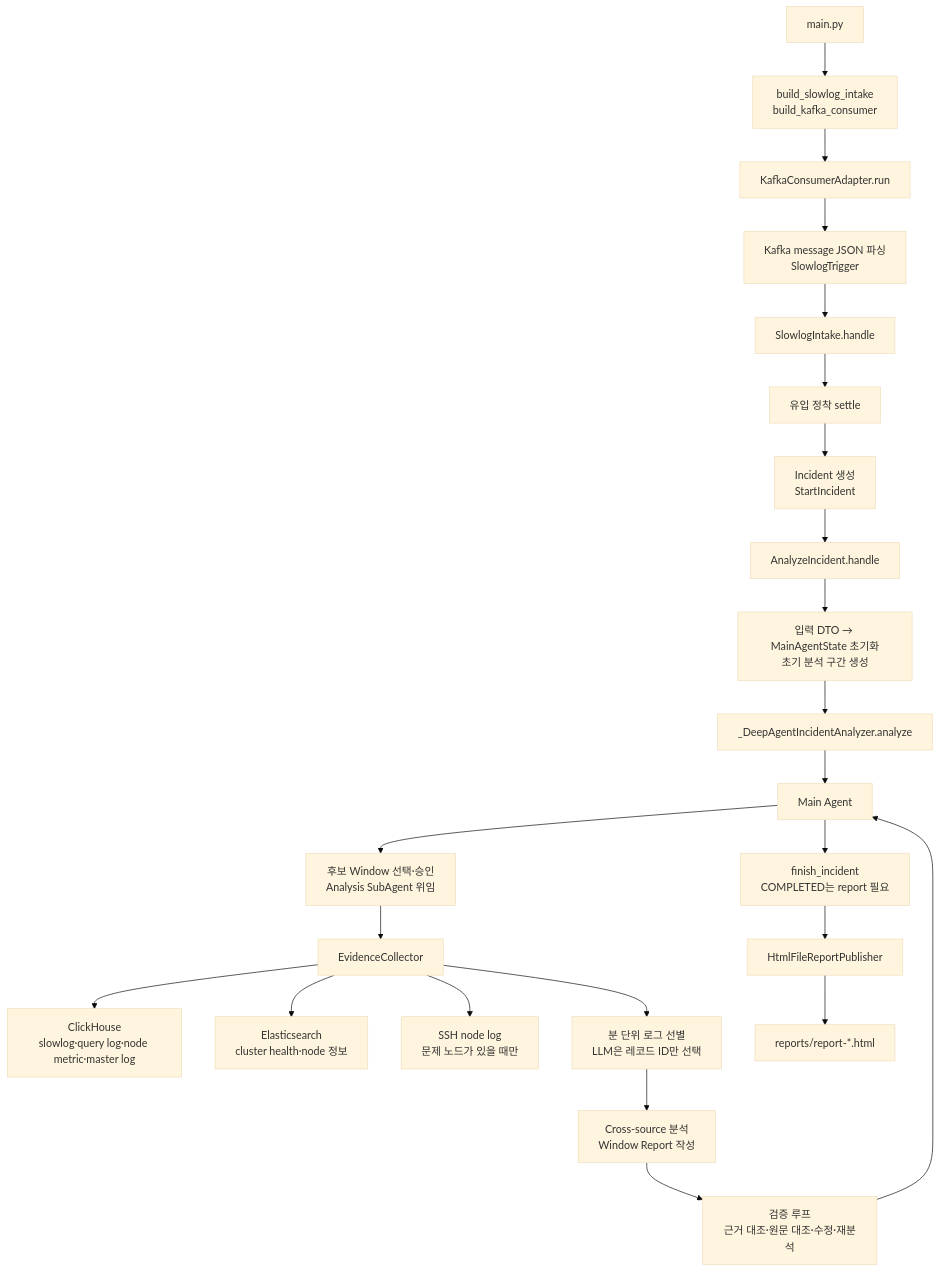
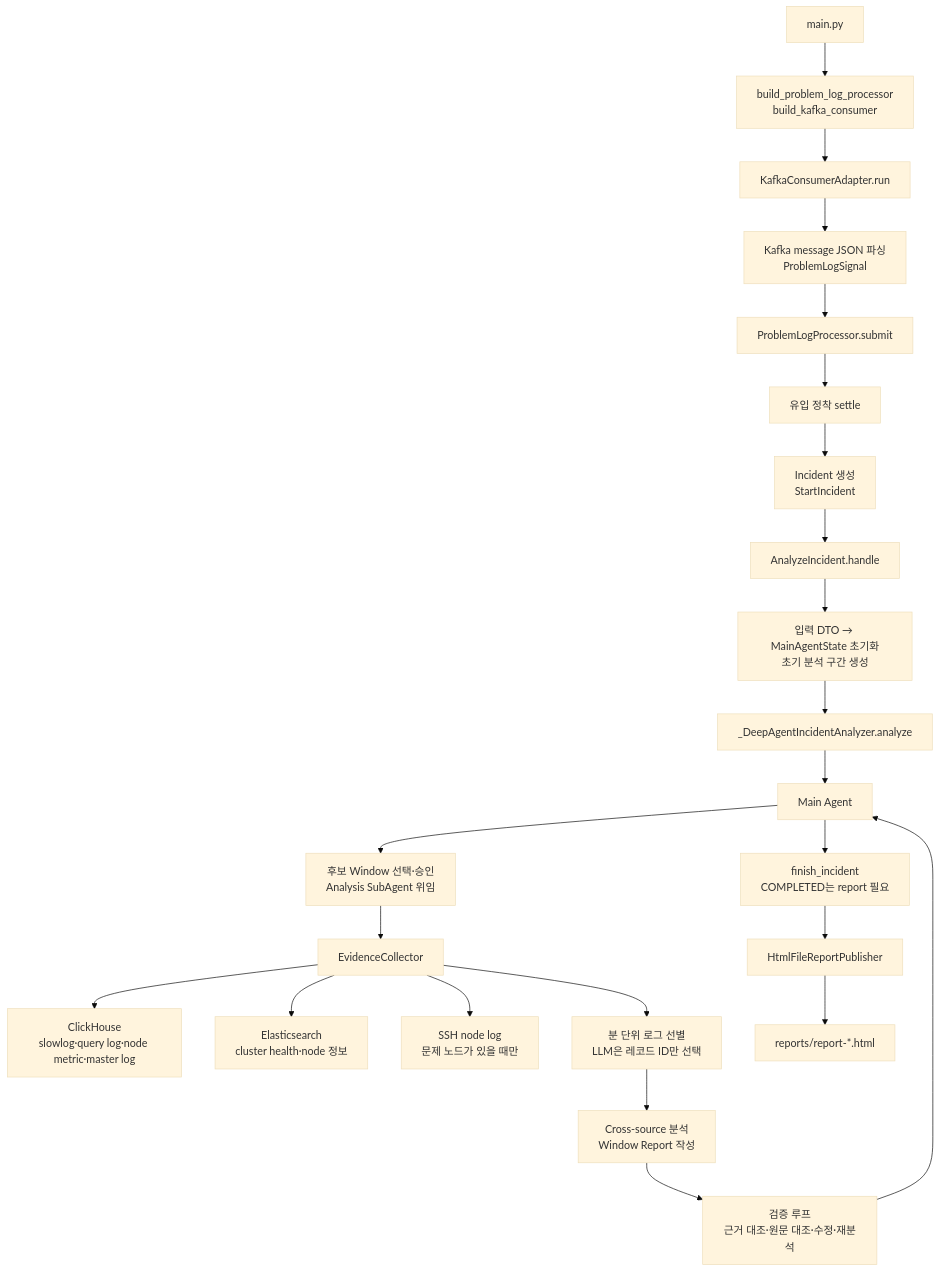
The diagram in README.md (BaektotheFuture98/ClusterDoctor), drawn with Mermaid (base theme) before and after one commit. The commit also changed other lines of this file and 15 other files, not shown here.

Commit message:
refactor: inject settings and generalize problem log processing

````diff
--- a/README.md
+++ b/README.md
@@ -308,25 +308,25 @@
 ```mermaid
 flowchart TD
-    A[main.py] --> B[build_slowlog_intake<br/>build_kafka_consumer]
+    A[main.py] --> B[build_problem_log_processor<br/>build_kafka_consumer]
     B --> C[KafkaConsumerAdapter.run]
-    C --> D[Kafka message JSON 파싱<br/>SlowlogTrigger]
-    D --> E[SlowlogIntake.handle]
+    C --> D[Kafka message JSON 파싱<br/>ProblemLogSignal]
+    D --> E[ProblemLogProcessor.submit]
     E --> F[유입 정착 settle]
     F --> G[Incident 생성<br/>StartIncident]
     G --> H[AnalyzeIncident.handle]
     H --> I[입력 DTO → MainAgentState 초기화<br/>초기 분석 구간 생성]
     I --> J[_DeepAgentIncidentAnalyzer.analyze]
     J --> K[Main Agent]
     K --> L[후보 Window 선택·승인<br/>Analysis SubAgent 위임]
     L --> M[EvidenceCollector]
     M --> N[ClickHouse<br/>slowlog·query log·node metric·master log]
     M --> O[Elasticsearch<br/>cluster health·node 정보]
     M --> P[SSH node log<br/>문제 노드가 있을 때만]
     M --> Q[분 단위 로그 선별<br/>LLM은 레코드 ID만 선택]
     Q --> R[Cross-source 분석<br/>Window Report 작성]
     R --> S[검증 루프<br/>근거 대조·원문 대조·수정·재분석]
     S --> K
     K --> SF[finish_incident<br/>COMPLETED는 report 필요]
     SF --> U[HtmlFileReportPublisher]
     U --> V[reports/report-*.html]
 ```
````
